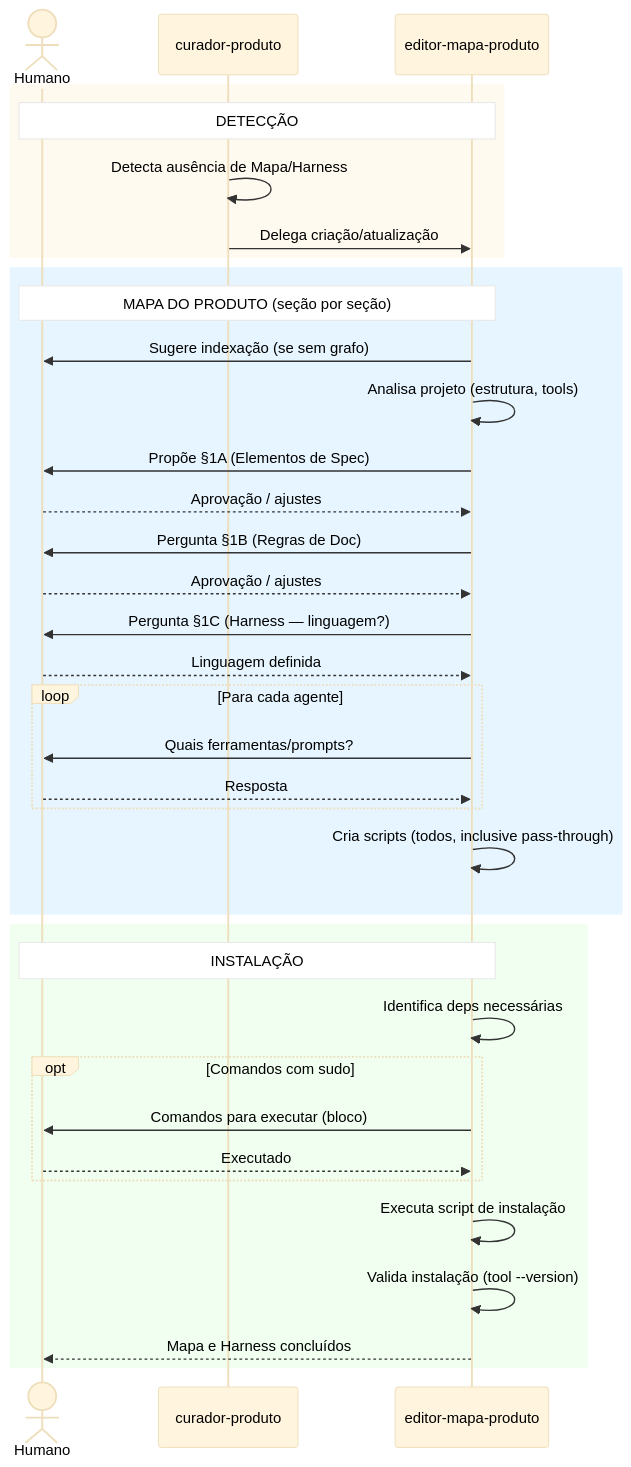
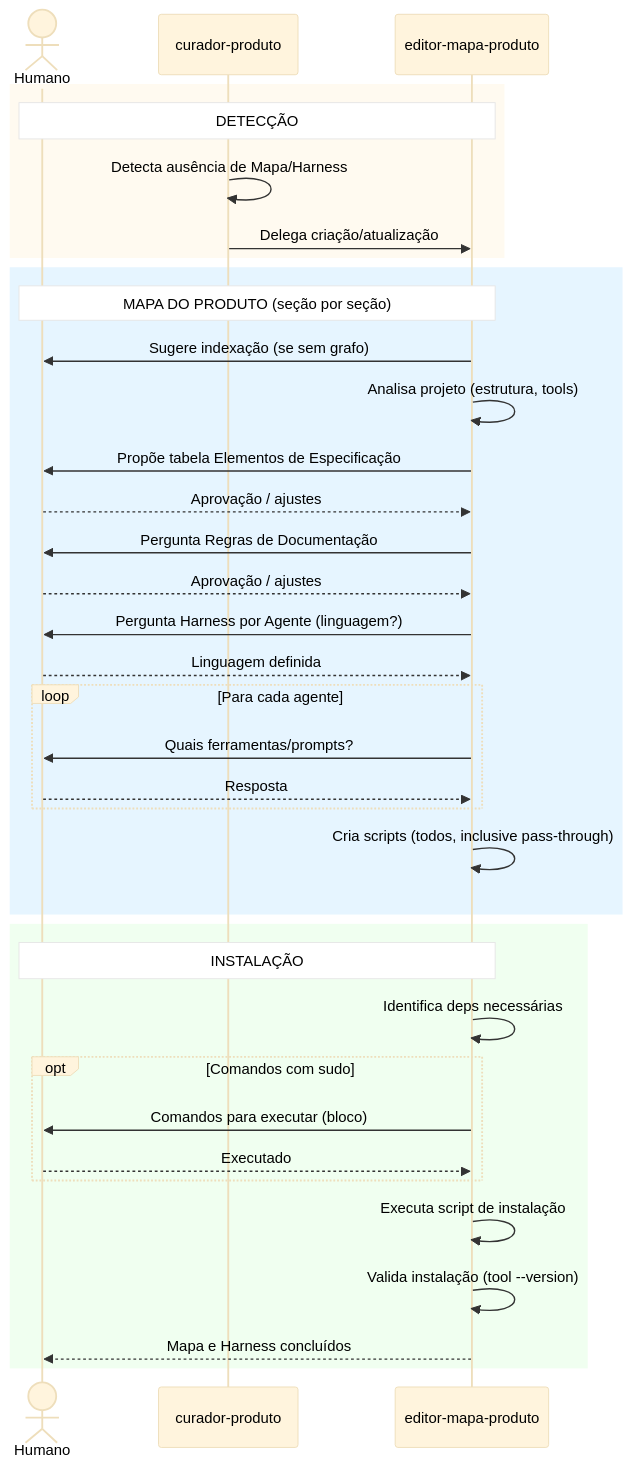
The diagram in docs/workflow-curadoria.md (vitormcruz/opencode-global-config), drawn with Mermaid before and after one commit. The commit also changed other lines of this file and 11 other files, not shown here.

````diff
--- a/docs/workflow-curadoria.md
+++ b/docs/workflow-curadoria.md
@@ -258,50 +274,50 @@
 ```mermaid
 %%{init: {'theme': 'base', 'themeVariables': {
     'actorTextColor': '#000000',
     'signalTextColor': '#000000',
     'labelTextColor': '#000000',
     'noteBkgColor': '#ffffff',
     'noteTextColor': '#000000',
     'activationBorderColor': '#666666',
     'sequenceNumberColor': '#000000'
 }}}%%
 sequenceDiagram
     actor Humano
     participant cur as curador-produto
     participant edit as editor-mapa-produto
 
     rect rgb(255, 250, 240)
     Note over Humano, edit: DETECÇÃO
     cur ->> cur: Detecta ausência de Mapa/Harness
     cur ->> edit: Delega criação/atualização
     end
 
     rect rgb(230, 245, 255)
     Note over Humano, edit: MAPA DO PRODUTO (seção por seção)
     edit ->> Humano: Sugere indexação (se sem grafo)
     edit ->> edit: Analisa projeto (estrutura, tools)
-    edit ->> Humano: Propõe §1A (Elementos de Spec)
+    edit ->> Humano: Propõe tabela Elementos de Especificação
     Humano -->> edit: Aprovação / ajustes
-    edit ->> Humano: Pergunta §1B (Regras de Doc)
+    edit ->> Humano: Pergunta Regras de Documentação
     Humano -->> edit: Aprovação / ajustes
-    edit ->> Humano: Pergunta §1C (Harness — linguagem?)
+    edit ->> Humano: Pergunta Harness por Agente (linguagem?)
     Humano -->> edit: Linguagem definida
     loop Para cada agente
         edit ->> Humano: Quais ferramentas/prompts?
         Humano -->> edit: Resposta
     end
     edit ->> edit: Cria scripts (todos, inclusive pass-through)
     end
 
     rect rgb(240, 255, 240)
     Note over Humano, edit: INSTALAÇÃO
     edit ->> edit: Identifica deps necessárias
     opt Comandos com sudo
         edit ->> Humano: Comandos para executar (bloco)
         Humano -->> edit: Executado
     end
     edit ->> edit: Executa script de instalação
     edit ->> edit: Valida instalação (tool --version)
     edit -->> Humano: Mapa e Harness concluídos
     end
 ```
````
